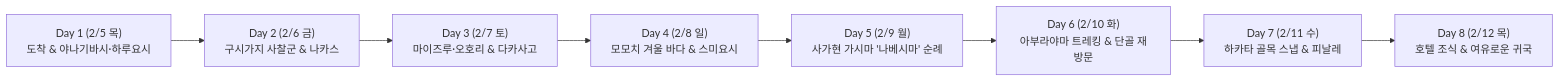
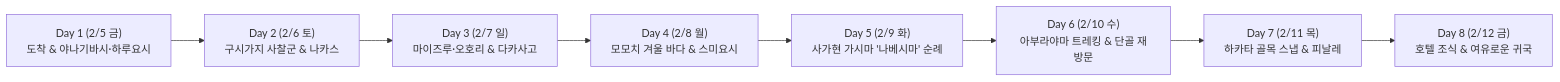
The diagram in docs/03-travel/2026-10-13-후쿠오카-7박8일-출사-미식-여행-상세-일정표.md (swordKein/SHARE_DOCS), drawn with Mermaid before and after one commit. The commit also changed other lines of this file and 6 other files, not shown here.

````diff
--- a/docs/03-travel/2026-10-13-후쿠오카-7박8일-출사-미식-여행-상세-일정표.md
+++ b/docs/03-travel/2026-10-13-후쿠오카-7박8일-출사-미식-여행-상세-일정표.md
@@ -38,10 +40,10 @@
 ```mermaid
 flowchart LR
-    D1["Day 1 (2/5 목)\n도착 & 야나기바시·하루요시"] --> D2["Day 2 (2/6 금)\n구시가지 사찰군 & 나카스"]
-    D2 --> D3["Day 3 (2/7 토)\n마이즈루·오호리 & 다카사고"]
-    D3 --> D4["Day 4 (2/8 일)\n모모치 겨울 바다 & 스미요시"]
-    D4 --> D5["Day 5 (2/9 월)\n사가현 가시마 '나베시마' 순례"]
-    D5 --> D6["Day 6 (2/10 화)\n아부라야마 트레킹 & 단골 재방문"]
-    D6 --> D7["Day 7 (2/11 수)\n하카타 골목 스냅 & 피날레"]
-    D7 --> D8["Day 8 (2/12 목)\n호텔 조식 & 여유로운 귀국"]
+    D1["Day 1 (2/5 금)\n도착 & 야나기바시·하루요시"] --> D2["Day 2 (2/6 토)\n구시가지 사찰군 & 나카스"]
+    D2 --> D3["Day 3 (2/7 일)\n마이즈루·오호리 & 다카사고"]
+    D3 --> D4["Day 4 (2/8 월)\n모모치 겨울 바다 & 스미요시"]
+    D4 --> D5["Day 5 (2/9 화)\n사가현 가시마 '나베시마' 순례"]
+    D5 --> D6["Day 6 (2/10 수)\n아부라야마 트레킹 & 단골 재방문"]
+    D6 --> D7["Day 7 (2/11 목)\n하카타 골목 스냅 & 피날레"]
+    D7 --> D8["Day 8 (2/12 금)\n호텔 조식 & 여유로운 귀국"]
 ```
````
